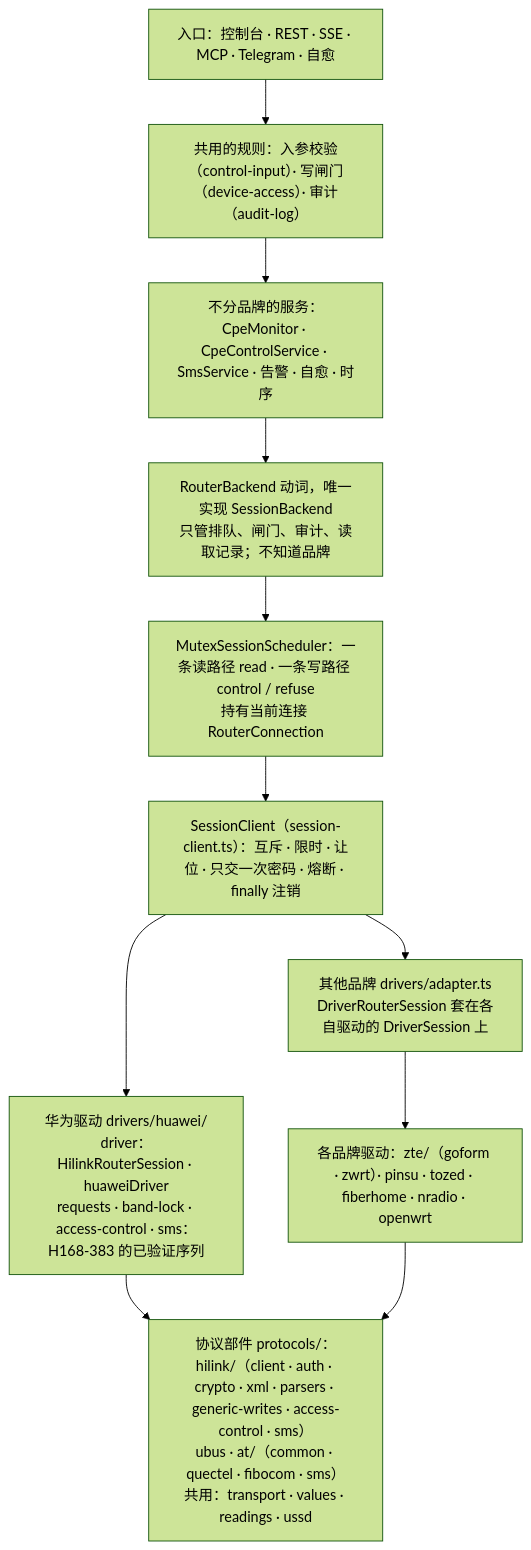
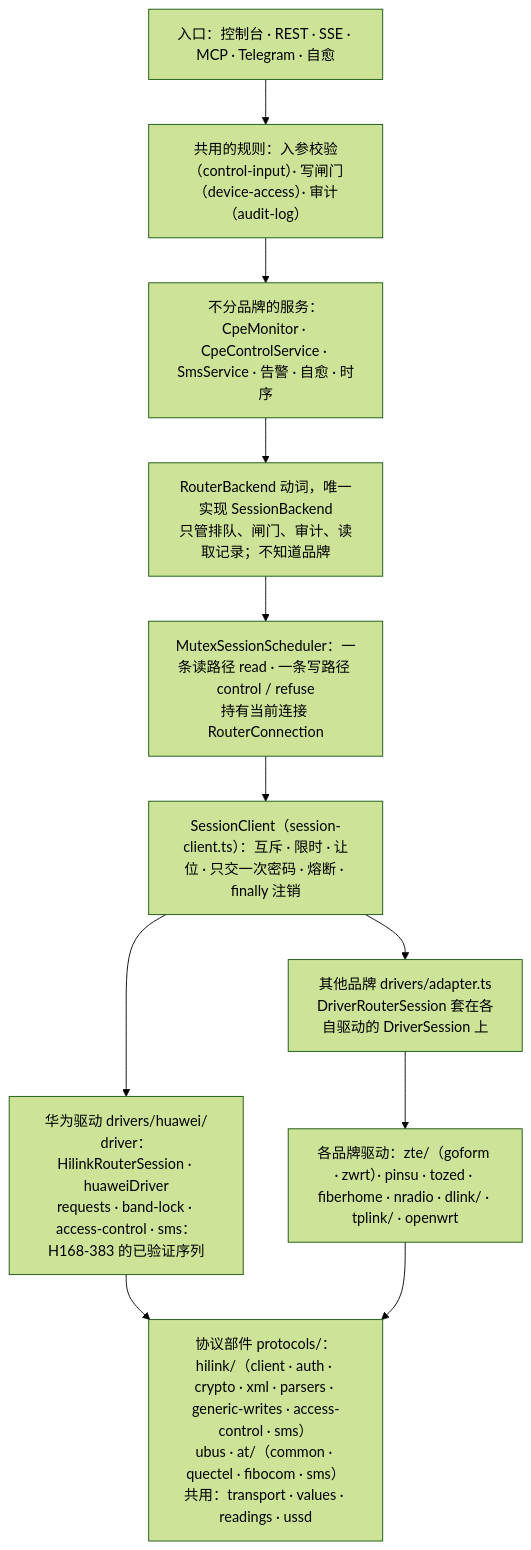
One commit to cky008/cpe-dash changed the fourth of 4 diagrams in docs/dev/architecture.md. Above: the diagram before and after it, drawn with Mermaid (forest theme). The commit also changed other lines of this file and 22 other files, not shown here.

````diff
--- a/docs/dev/architecture.md
+++ b/docs/dev/architecture.md
@@ -558,13 +558,13 @@
 ```mermaid
 flowchart TD
     E["入口：控制台 · REST · SSE · MCP · Telegram · 自愈"] --> R["共用的规则：入参校验（control-input）· 写闸门（device-access）· 审计（audit-log）"]
     R --> S["不分品牌的服务：CpeMonitor · CpeControlService · SmsService · 告警 · 自愈 · 时序"]
     S --> B["RouterBackend 动词，唯一实现 SessionBackend<br/>只管排队、闸门、审计、读取记录；不知道品牌"]
     B --> Q["MutexSessionScheduler：一条读路径 read · 一条写路径 control / refuse<br/>持有当前连接 RouterConnection"]
     Q --> C["SessionClient（session-client.ts）：互斥 · 限时 · 让位 · 只交一次密码 · 熔断 · finally 注销"]
     C --> D1["华为驱动 drivers/huawei/<br/>driver：HilinkRouterSession · huaweiDriver<br/>requests · band-lock · access-control · sms：H168-383 的已验证序列"]
     C --> D2["其他品牌 drivers/adapter.ts<br/>DriverRouterSession 套在各自驱动的 DriverSession 上"]
-    D2 --> P2["各品牌驱动：zte/（goform · zwrt）· pinsu · tozed · fiberhome · nradio · openwrt"]
+    D2 --> P2["各品牌驱动：zte/（goform · zwrt）· pinsu · tozed · fiberhome · nradio · dlink/ · tplink/ · openwrt"]
     D1 --> K["协议部件 protocols/：hilink/（client · auth · crypto · xml · parsers · generic-writes · access-control · sms）<br/>ubus · at/（common · quectel · fibocom · sms）<br/>共用：transport · values · readings · ussd"]
     P2 --> K
 ```
````
